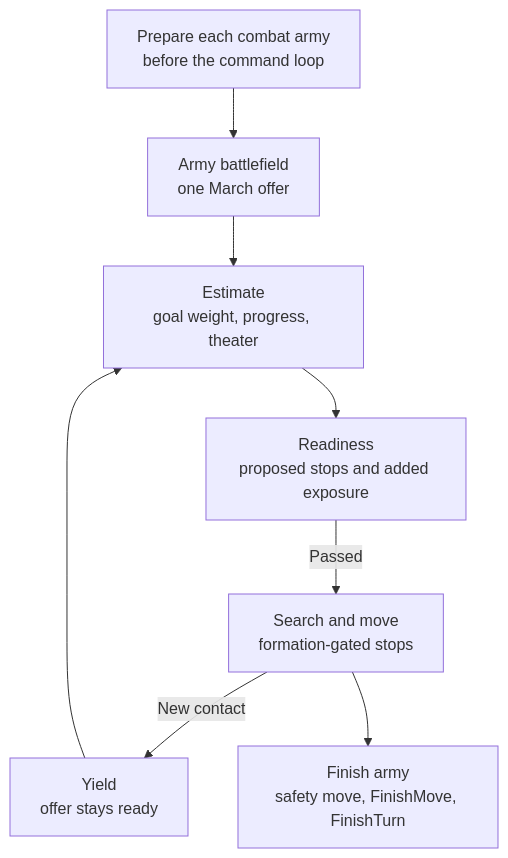
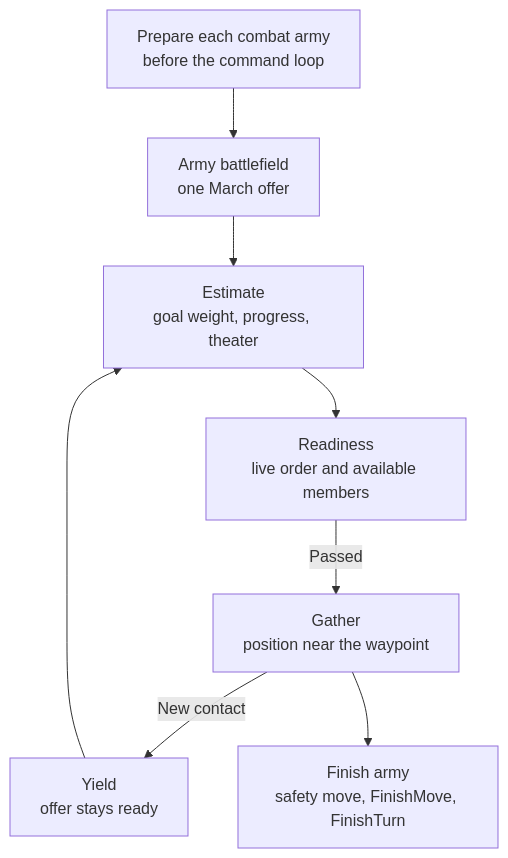
The diagram in docs/developers/civ5-dll/unit-ai/commands/march.md (vox-deorum/vox-deorum), drawn with Mermaid before and after one commit. The commit also changed other lines of this file and 5 other files, not shown here.

````diff
--- a/docs/developers/civ5-dll/unit-ai/commands/march.md
+++ b/docs/developers/civ5-dll/unit-ai/commands/march.md
@@ -5,10 +5,10 @@
 ```mermaid
 flowchart TD
     P["Prepare each combat army<br/>before the command loop"] --> R["Army battlefield<br/>one March offer"]
     R --> E["Estimate<br/>goal weight, progress, theater"]
-    E --> C["Readiness<br/>proposed stops and added exposure"]
-    C -->|Passed| X["Search and move<br/>formation-gated stops"]
+    E --> C["Readiness<br/>live order and available members"]
+    C -->|Passed| X["Gather<br/>position near the waypoint"]
     X -->|New contact| Y["Yield<br/>offer stays ready"]
     X --> F["Finish army<br/>safety move, FinishMove, FinishTurn"]
     Y --> E
 ```
````
